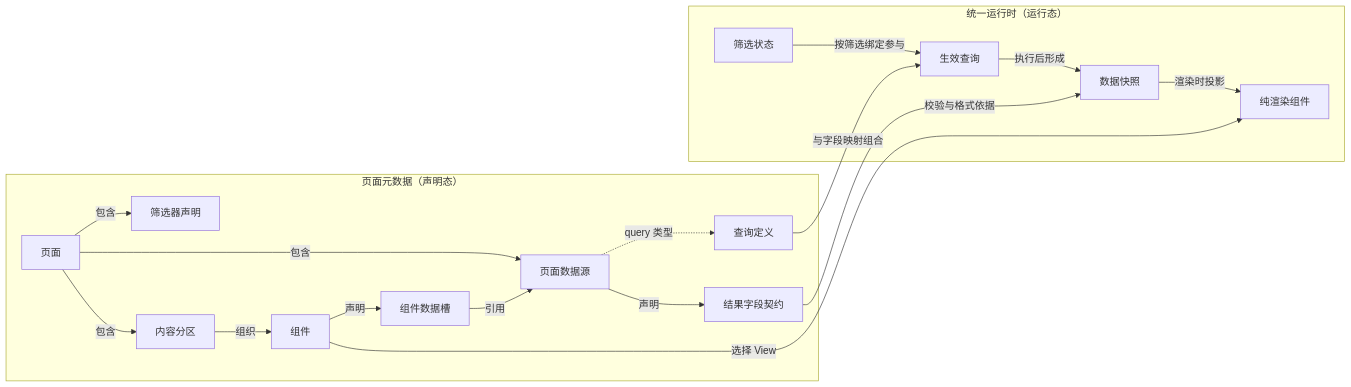
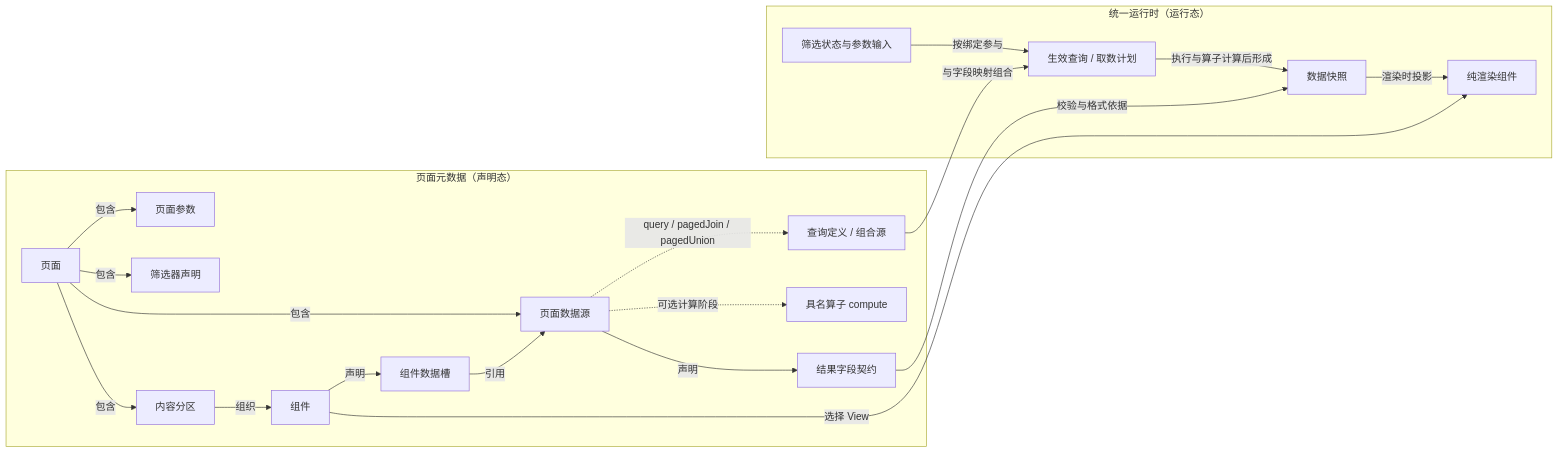
One commit to CCharlesMeng/MetricCanvas changed the first of 4 diagrams in docs/frontend-runtime-capabilities.md. Above: the diagram before and after it, drawn with Mermaid. The commit also changed other lines of this file and 84 other files, not shown here.

Commit message:
chore: Wave 1A repo hygiene, plan archiving, doc consolidation, and ARCHITECTURE.md

````diff
--- a/docs/frontend-runtime-capabilities.md
+++ b/docs/frontend-runtime-capabilities.md
@@ -39,33 +40,37 @@
 ```mermaid
 flowchart LR
   subgraph declaration["页面元数据（声明态）"]
     page["页面"]
+    params["页面参数"]
     source["页面数据源"]
     contract["结果字段契约"]
+    compute["具名算子 compute"]
     filter["筛选器声明"]
     section["内容分区"]
     component["组件"]
     slot["组件数据槽"]
-    query["查询定义"]
+    query["查询定义 / 组合源"]
+    page -->|"包含"| params
     page -->|"包含"| source
     page -->|"包含"| filter
     page -->|"包含"| section
     section -->|"组织"| component
     source -->|"声明"| contract
-    source -. "query 类型" .-> query
+    source -. "query / pagedJoin / pagedUnion" .-> query
+    source -. "可选计算阶段" .-> compute
     component -->|"声明"| slot
     slot -->|"引用"| source
   end
   subgraph execution["统一运行时（运行态）"]
-    state["筛选状态"]
-    effective["生效查询"]
+    state["筛选状态与参数输入"]
+    effective["生效查询 / 取数计划"]
     snapshot["数据快照"]
     view["纯渲染组件"]
-    state -->|"按筛选绑定参与"| effective
-    effective -->|"执行后形成"| snapshot
+    state -->|"按绑定参与"| effective
+    effective -->|"执行与算子计算后形成"| snapshot
     snapshot -->|"渲染时投影"| view
   end
   query -->|"与字段映射组合"| effective
   contract -->|"校验与格式依据"| snapshot
   component -->|"选择 View"| view
 ```
````
